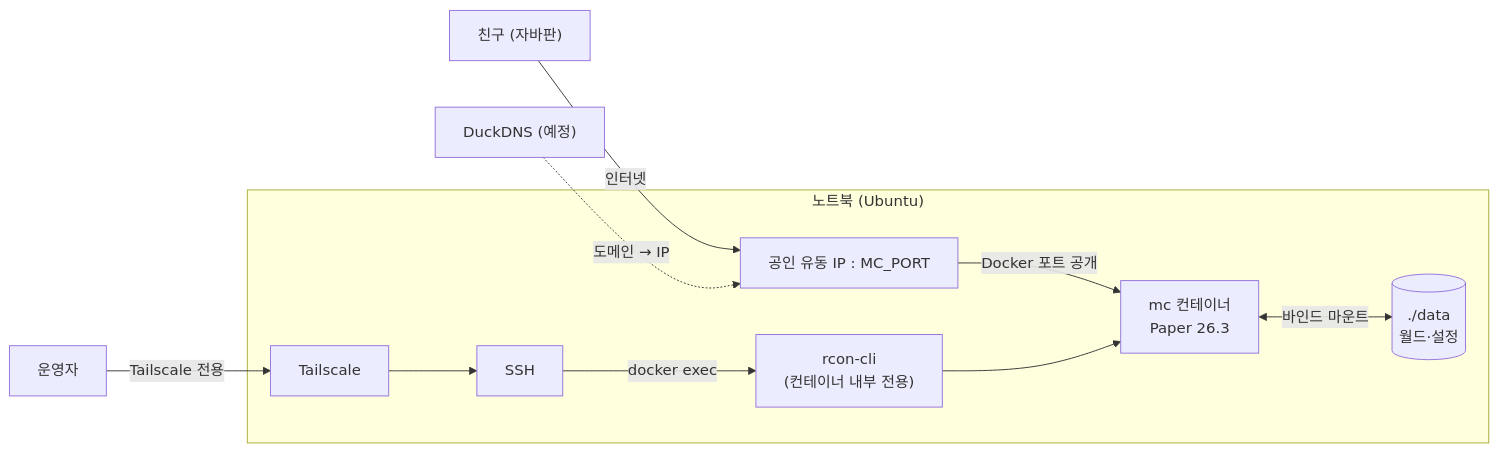
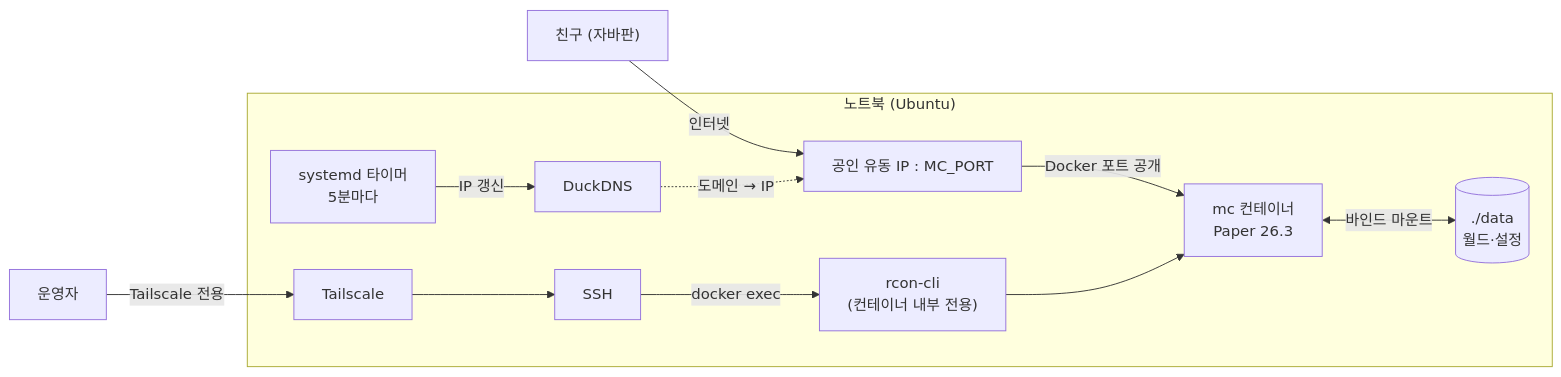
One commit to syc030403/minecraft-devops changed the diagram in README.md. Above: the diagram before and after it, drawn with Mermaid. The commit also changed other lines of this file and 4 other files, not shown here.

First line of the commit message:
docs: #10 DuckDNS 반영과 로드맵 아이디어 추가

````diff
--- a/README.md
+++ b/README.md
@@ -13,15 +13,16 @@
 ```mermaid
 flowchart LR
   friend["친구 (자바판)"] -->|"인터넷"| ip["공인 유동 IP : MC_PORT"]
-  ddns["DuckDNS (예정)"] -.->|"도메인 → IP"| ip
+  ddns["DuckDNS"] -.->|"도메인 → IP"| ip
 
   subgraph host["노트북 (Ubuntu)"]
     ip -->|"Docker 포트 공개"| mc["mc 컨테이너<br/>Paper 26.3"]
     mc <-->|"바인드 마운트"| data[("./data<br/>월드·설정")]
+    timer["systemd 타이머<br/>5분마다"] -->|"IP 갱신"| ddns
     tailscale["Tailscale"] --> ssh["SSH"]
     ssh -->|"docker exec"| rcon["rcon-cli<br/>(컨테이너 내부 전용)"]
     rcon --> mc
   end
 
   admin["운영자"] -->|"Tailscale 전용"| tailscale
 ```
````
